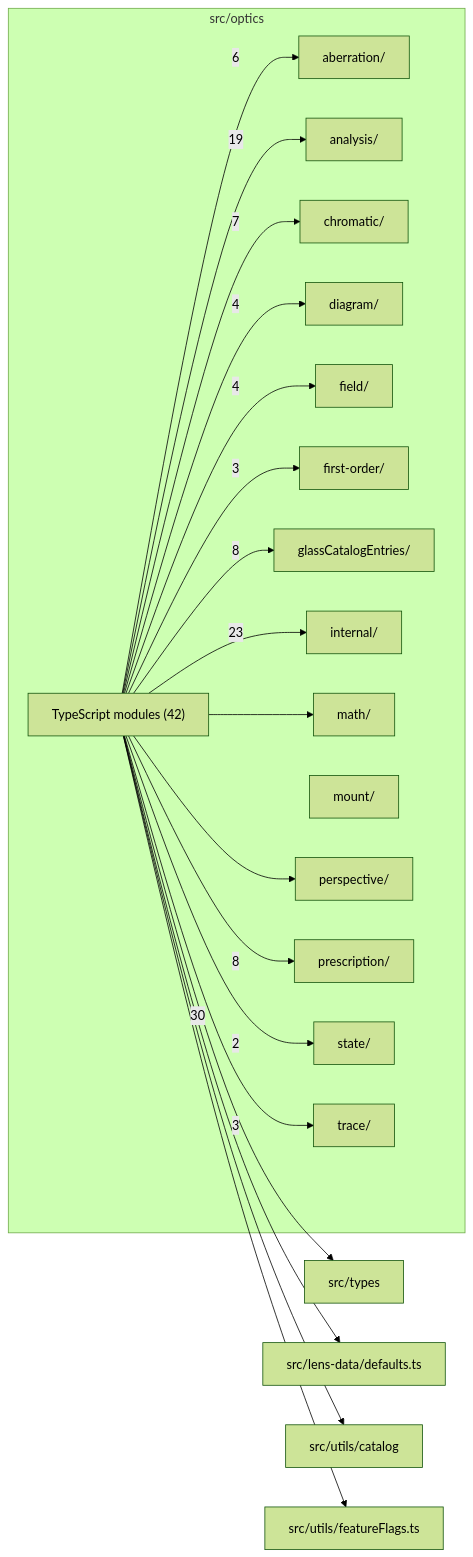
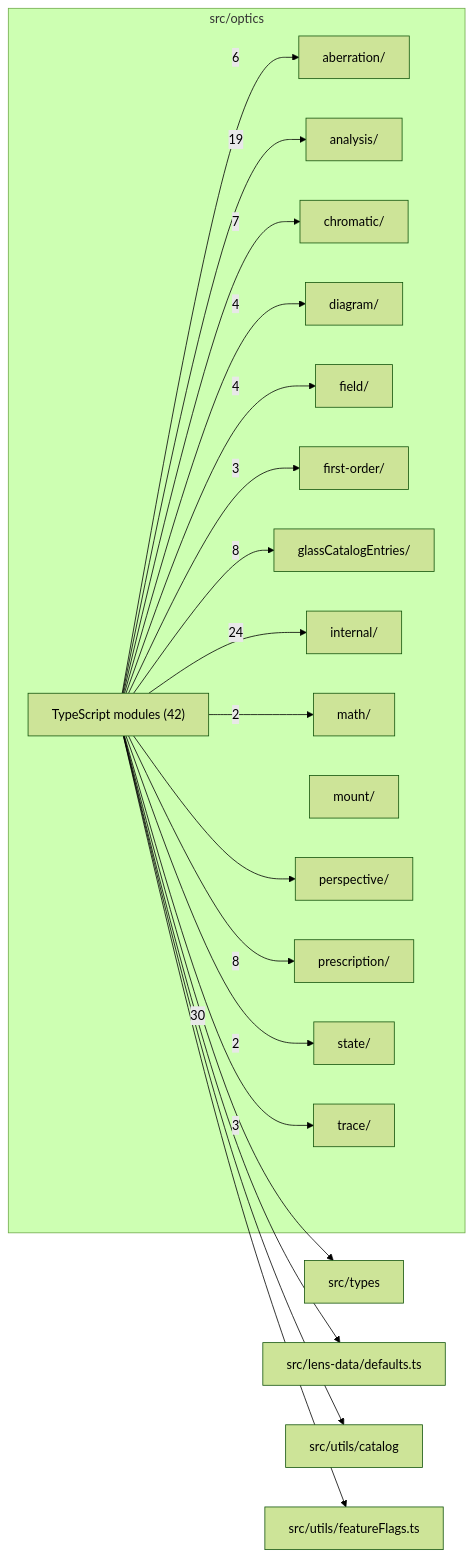
Before and after one commit to ronbuening/LensVisualizer: the diagram in src/optics/readme.md, drawn with Mermaid (forest theme). The commit also changed other lines of this file and 22 other files, not shown here.

````diff
--- a/src/optics/readme.md
+++ b/src/optics/readme.md
@@ -9,41 +9,41 @@
 ```mermaid
 flowchart LR
   subgraph n_src_optics["src/optics"]
     n_src_optics_src_optics_aberration["aberration/"]
     n_src_optics_src_optics_analysis["analysis/"]
     n_src_optics_src_optics_chromatic["chromatic/"]
     n_src_optics_src_optics_diagram["diagram/"]
     n_src_optics_src_optics_field["field/"]
     n_src_optics_src_optics_first_order["first-order/"]
     n_src_optics_src_optics_glassCatalogEntries["glassCatalogEntries/"]
     n_src_optics_src_optics_internal["internal/"]
     n_src_optics_src_optics_math["math/"]
     n_src_optics_src_optics_mount["mount/"]
     n_src_optics_src_optics_perspective["perspective/"]
     n_src_optics_src_optics_prescription["prescription/"]
     n_src_optics_src_optics_state["state/"]
     n_src_optics_src_optics_trace["trace/"]
     n_src_optics_TypeScript_modules["TypeScript modules (42)"]
   end
   n_external_src_types["src/types"]
   n_external_src_lens_data_defaults_ts["src/lens-data/defaults.ts"]
   n_external_src_utils_catalog["src/utils/catalog"]
   n_external_src_utils_featureFlags_ts["src/utils/featureFlags.ts"]
   n_src_optics_TypeScript_modules --> |30| n_external_src_types
-  n_src_optics_TypeScript_modules --> |23| n_src_optics_src_optics_internal
+  n_src_optics_TypeScript_modules --> |24| n_src_optics_src_optics_internal
   n_src_optics_TypeScript_modules --> |19| n_src_optics_src_optics_analysis
   n_src_optics_TypeScript_modules --> |8| n_src_optics_src_optics_glassCatalogEntries
   n_src_optics_TypeScript_modules --> |8| n_src_optics_src_optics_prescription
   n_src_optics_TypeScript_modules --> |7| n_src_optics_src_optics_chromatic
   n_src_optics_TypeScript_modules --> |6| n_src_optics_src_optics_aberration
   n_src_optics_TypeScript_modules --> |4| n_src_optics_src_optics_diagram
   n_src_optics_TypeScript_modules --> |4| n_src_optics_src_optics_field
   n_src_optics_TypeScript_modules --> |3| n_src_optics_src_optics_first_order
   n_src_optics_TypeScript_modules --> |3| n_src_optics_src_optics_trace
+  n_src_optics_TypeScript_modules --> |2| n_src_optics_src_optics_math
   n_src_optics_TypeScript_modules --> |2| n_src_optics_src_optics_state
   n_src_optics_TypeScript_modules --> n_external_src_lens_data_defaults_ts
   n_src_optics_TypeScript_modules --> n_external_src_utils_catalog
   n_src_optics_TypeScript_modules --> n_external_src_utils_featureFlags_ts
-  n_src_optics_TypeScript_modules --> n_src_optics_src_optics_math
   n_src_optics_TypeScript_modules --> n_src_optics_src_optics_perspective
 ```
````
